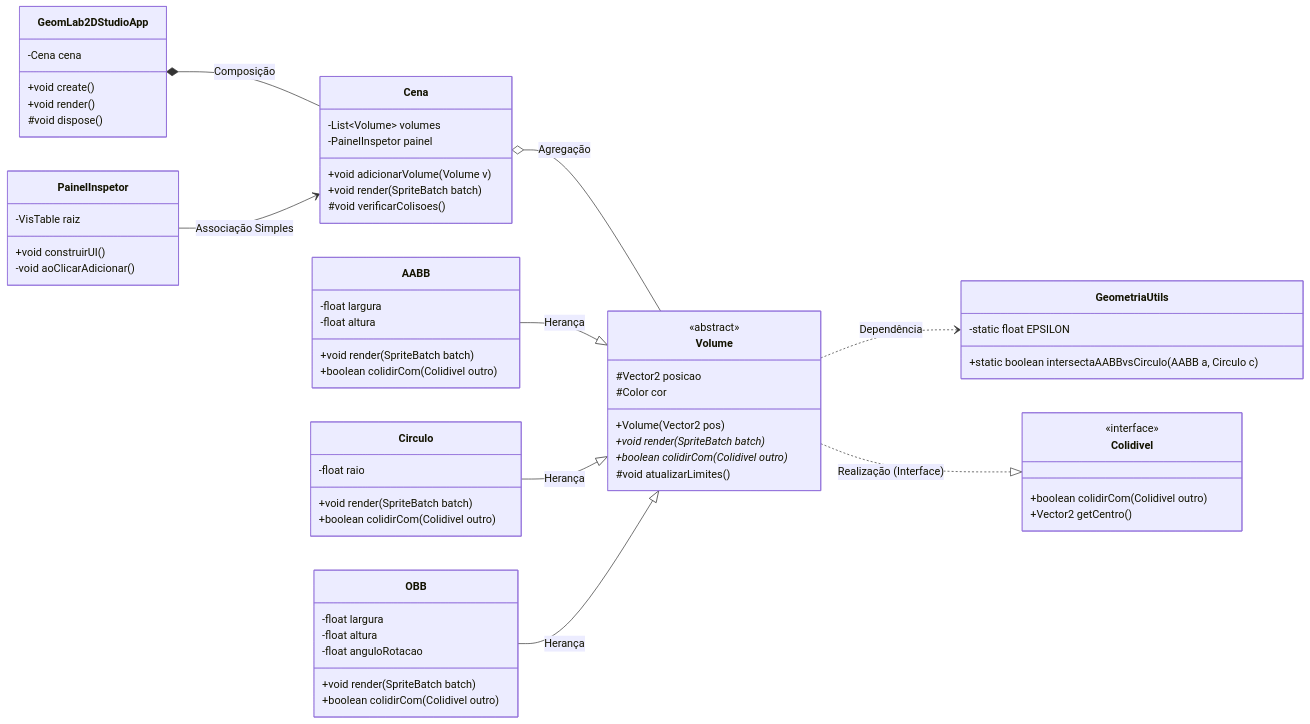
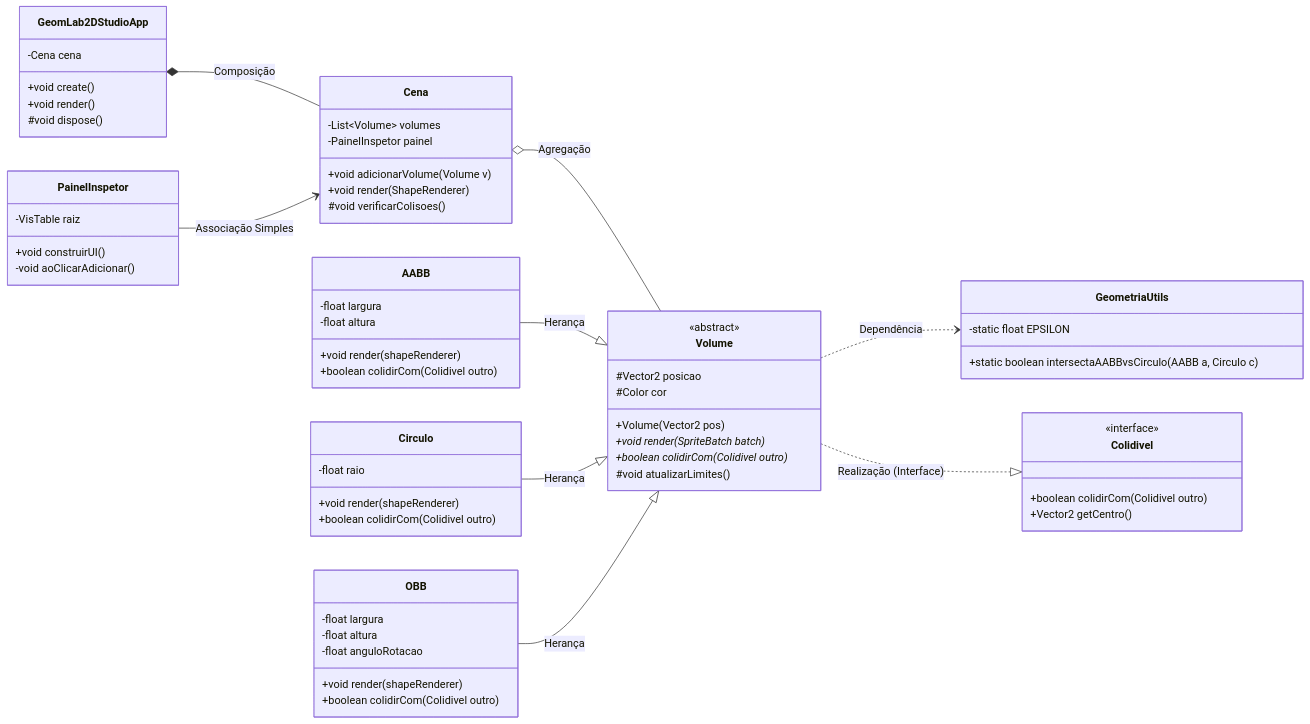
The diagram in docs/ARCHITECTURE.md (tuliolivas/geomlab-2d-studio), drawn with Mermaid before and after one commit. The commit also changed other lines of this file, not shown here.

Commit message:
Change render method from SpriteBatch to ShapeRenderer

````diff
--- a/docs/ARCHITECTURE.md
+++ b/docs/ARCHITECTURE.md
@@ -32,76 +32,76 @@
 ```mermaid
 classDiagram
     direction LR
 
     class GeomLab2DStudioApp {
         -Cena cena
         +void create()
         +void render()
         #void dispose()
     }
 
     class Cena {
         -List~Volume~ volumes
         -PainelInspetor painel
         +void adicionarVolume(Volume v)
-        +void render(SpriteBatch batch)
+        +void render(ShapeRenderer)
         #void verificarColisoes()
     }
 
     class PainelInspetor {
         -VisTable raiz
         +void construirUI()
         -void aoClicarAdicionar()
     }
 
     class Colidivel {
         <<interface>>
         +boolean colidirCom(Colidivel outro)
         +Vector2 getCentro()
     }
 
     class Volume {
         <<abstract>>
         #Vector2 posicao
         #Color cor
         +Volume(Vector2 pos)
         +void render(SpriteBatch batch)*
         +boolean colidirCom(Colidivel outro)*
         #void atualizarLimites()
     }
 
     class AABB {
         -float largura
         -float altura
-        +void render(SpriteBatch batch)
+        +void render(shapeRenderer)
         +boolean colidirCom(Colidivel outro)
     }
 
     class Circulo {
         -float raio
-        +void render(SpriteBatch batch)
+        +void render(shapeRenderer)
         +boolean colidirCom(Colidivel outro)
     }
 
     class OBB {
         -float largura
         -float altura
         -float anguloRotacao
-        +void render(SpriteBatch batch)
+        +void render(shapeRenderer)
         +boolean colidirCom(Colidivel outro)
     }
 
     class GeometriaUtils {
         -static float EPSILON
         +static boolean intersectaAABBvsCirculo(AABB a, Circulo c)
     }
 
     GeomLab2DStudioApp *-- Cena : Composição
     PainelInspetor --> Cena : Associação Simples
     Cena o-- Volume : Agregação
     Volume ..> GeometriaUtils : Dependência
     Volume ..|> Colidivel : Realização (Interface)
     AABB --|> Volume : Herança
     Circulo --|> Volume : Herança
     OBB --|> Volume : Herança
 ```
````
